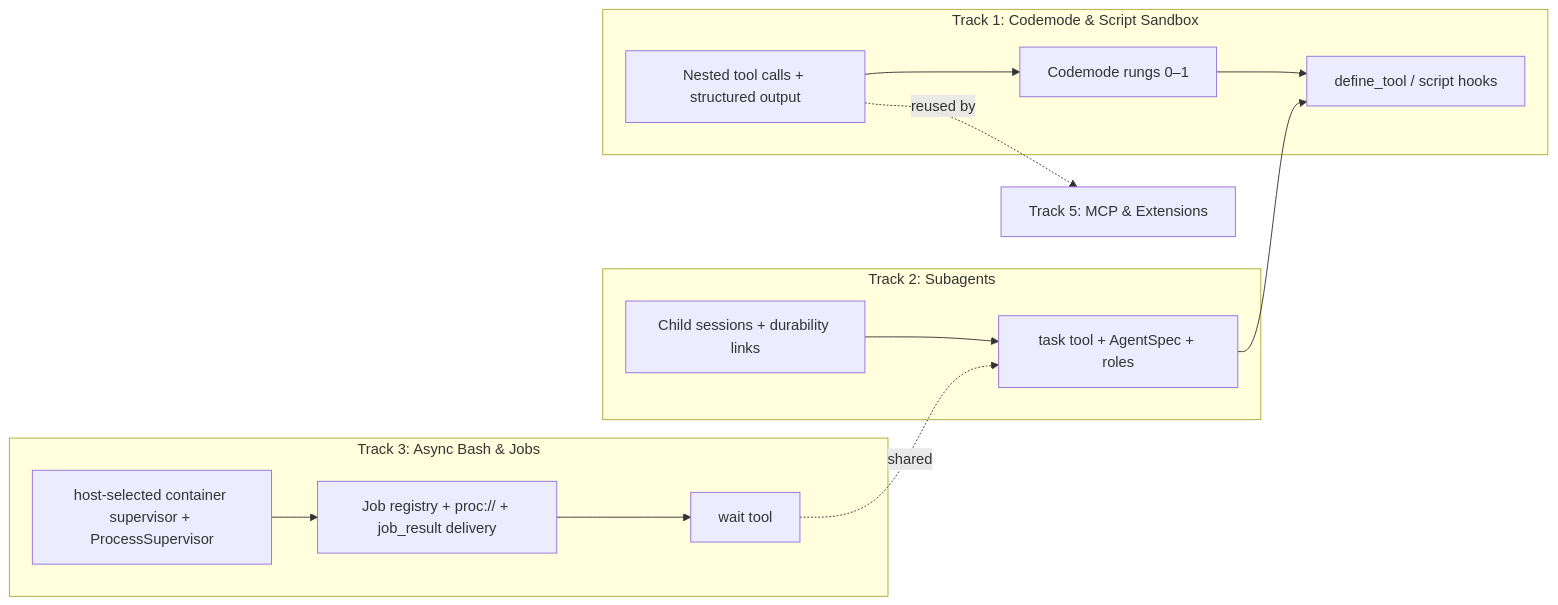
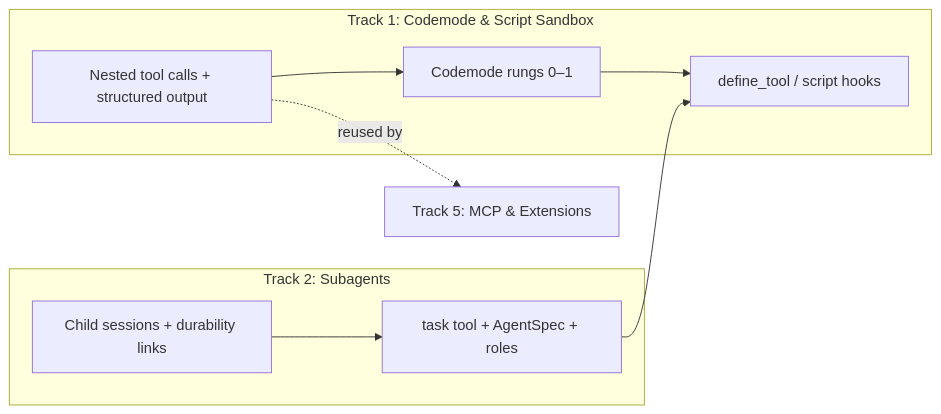
One commit to Axo-Gnosis/Axo changed the first of 2 diagrams in plan/plan.md. Above: the diagram before and after it, drawn with Mermaid. The commit also changed other lines of this file and 10 other files, not shown here.

````diff
--- a/plan/plan.md
+++ b/plan/plan.md
@@ -13,17 +13,12 @@
 ```mermaid
 flowchart LR
   subgraph T1["Track 1: Codemode & Script Sandbox"]
     N[Nested tool calls + structured output] --> C0[Codemode rungs 0–1]
     C0 --> DT[define_tool / script hooks]
   end
   subgraph T2["Track 2: Subagents"]
     CS[Child sessions + durability links] --> TK[task tool + AgentSpec + roles]
   end
-  subgraph T3["Track 3: Async Bash & Jobs"]
-    SV[host-selected container supervisor + ProcessSupervisor] --> JB[Job registry + proc:// + job_result delivery]
-    JB --> WT[wait tool]
-  end
-  WT -.shared.-> TK
   TK --> DT
   N -.reused by.-> MCP[Track 5: MCP & Extensions]
 ```
````
